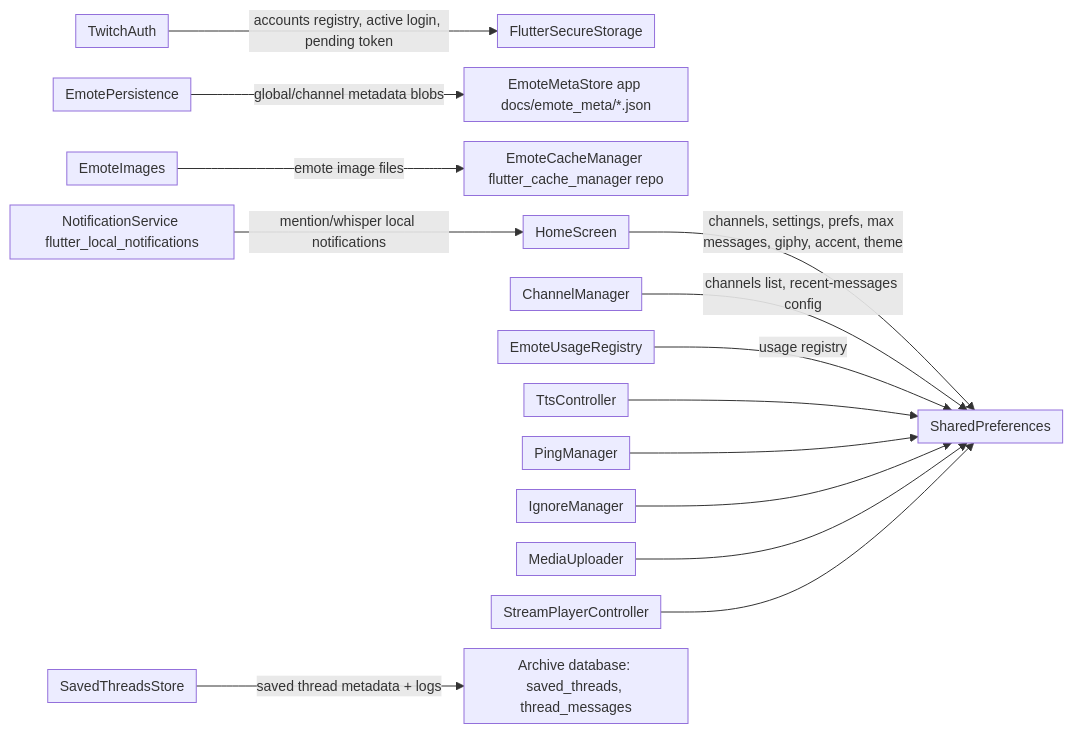
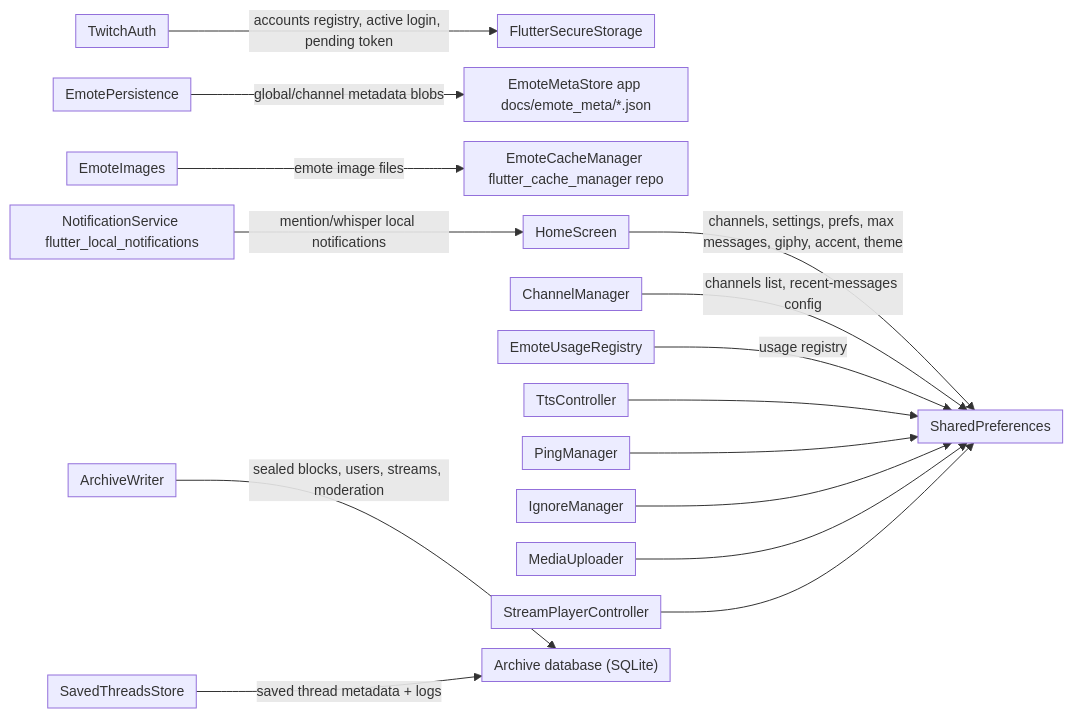
One commit to banan-guh/ErmChat changed the eighth of 8 diagrams in docs/ARCHITECTURE.md. Above: the diagram before and after it, drawn with Mermaid. The commit also changed other lines of this file and 2 other files, not shown here.

Commit message:
chore: docs cover archive, mentions

````diff
--- a/docs/ARCHITECTURE.md
+++ b/docs/ARCHITECTURE.md
@@ -312,24 +312,25 @@
 ```mermaid
 %%{init: {"flowchart": {"useMaxWidth": true, "nodeSpacing": 20, "rankSpacing": 30, "padding": 6}, "themeVariables": {"fontSize": "14px"}}}%%
 flowchart LR
   prefs["SharedPreferences"]
   secure["FlutterSecureStorage"]
   meta["EmoteMetaStore app docs/emote_meta/*.json"]
   threads["SavedThreadsStore"]
   cache["EmoteCacheManager flutter_cache_manager repo"]
   notif["NotificationService flutter_local_notifications"]
 
   home["HomeScreen"] -->|channels, settings, prefs, max messages, giphy, accent, theme| prefs
   channelmgr["ChannelManager"] -->|channels list, recent-messages config| prefs
   auth["TwitchAuth"] -->|accounts registry, active login, pending token| secure
   usage["EmoteUsageRegistry"] -->|usage registry| prefs
   persist["EmotePersistence"] -->|global/channel metadata blobs| meta
   images["EmoteImages"] -->|emote image files| cache
   tts["TtsController"] --> prefs
   ping["PingManager"] --> prefs
   ignore["IgnoreManager"] --> prefs
   uploader["MediaUploader"] --> prefs
   stream["StreamPlayerController"] --> prefs
-  threads -->|saved thread metadata + logs| appfiles["Archive database: saved_threads, thread_messages"]
+  archivew["ArchiveWriter"] -->|sealed blocks, users, streams, moderation| appfiles["Archive database (SQLite)"]
+  threads -->|saved thread metadata + logs| appfiles
   notif -->|mention/whisper local notifications| home
 ```
````
